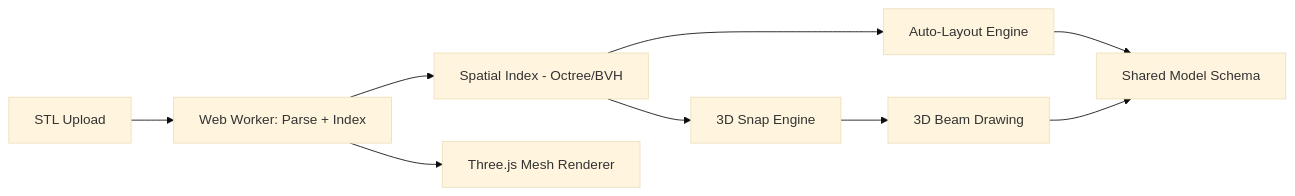
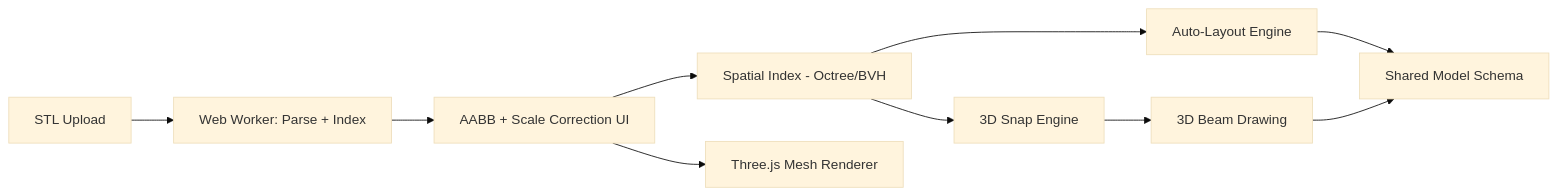
Before and after one commit to ericbusboom/struct-view: the diagram in docs/plans/sprints/003-stl-reference-advanced-snapping-and-auto-layout/technical-plan.md, drawn with Mermaid (base theme). The commit also changed other lines of this file and 17 other files, not shown here.

````diff
--- a/docs/plans/sprints/003-stl-reference-advanced-snapping-and-auto-layout/technical-plan.md
+++ b/docs/plans/sprints/003-stl-reference-advanced-snapping-and-auto-layout/technical-plan.md
@@ -9,11 +9,12 @@
 ```mermaid
 flowchart LR
   UPLOAD[STL Upload] --> WORKER[Web Worker: Parse + Index]
-  WORKER --> SPATIAL[Spatial Index - Octree/BVH]
-  WORKER --> RENDER[Three.js Mesh Renderer]
+  WORKER --> AABB[AABB + Scale Correction UI]
+  AABB --> SPATIAL[Spatial Index - Octree/BVH]
+  AABB --> RENDER[Three.js Mesh Renderer]
   SPATIAL --> SNAP3D[3D Snap Engine]
   SNAP3D --> DRAW[3D Beam Drawing]
   SPATIAL --> AUTOLAYOUT[Auto-Layout Engine]
   AUTOLAYOUT --> MODEL[Shared Model Schema]
   DRAW --> MODEL
 ```
````
